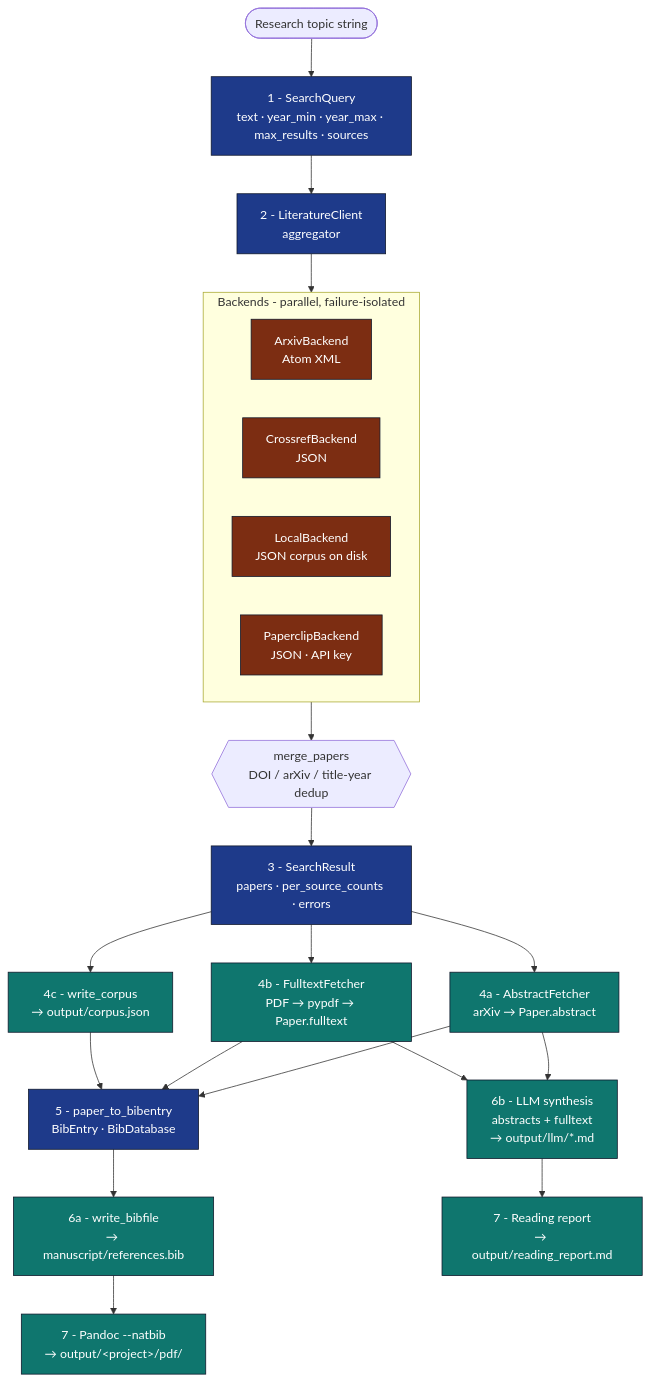
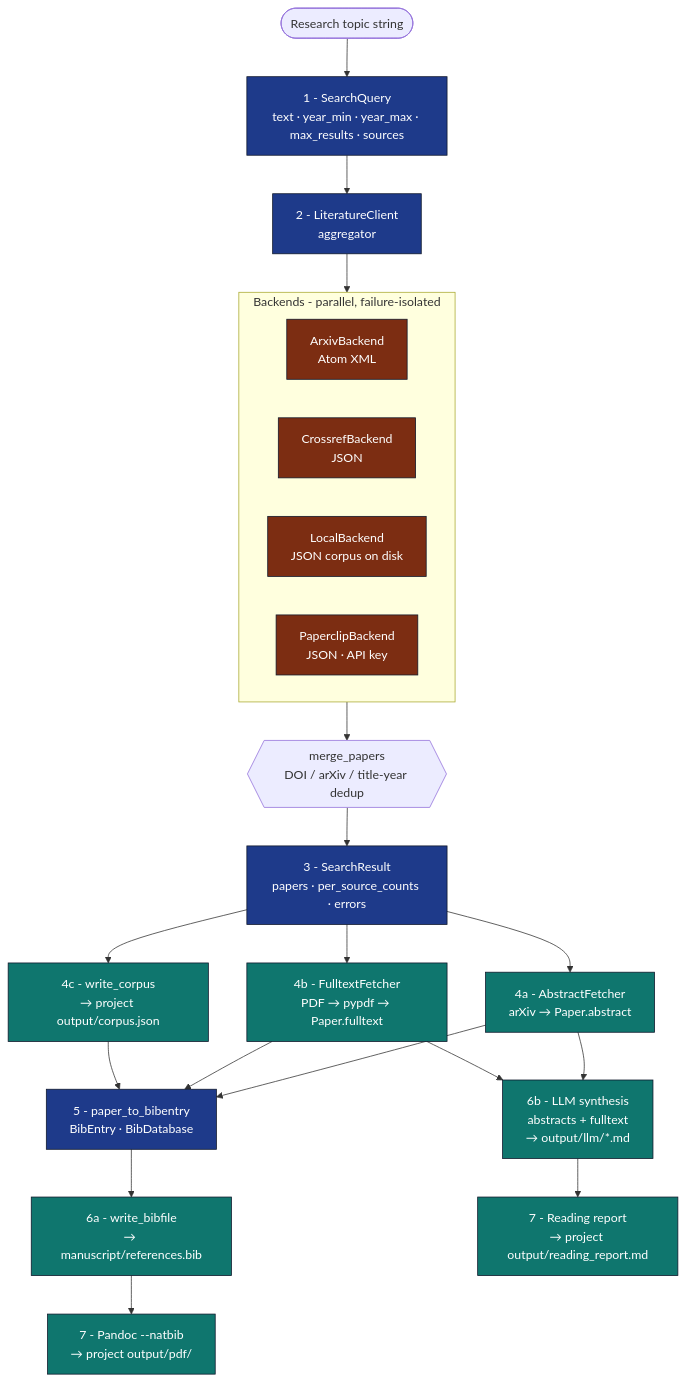
The first of 2 diagrams in docs/core/literature-data-flow.md (docxology/template), drawn with Mermaid before and after one commit. The commit also changed other lines of this file and 82 other files, not shown here.

````diff
--- a/docs/core/literature-data-flow.md
+++ b/docs/core/literature-data-flow.md
@@ -8,40 +8,40 @@
 ```mermaid
 flowchart TB
     TOPIC([Research topic string]) --> Q[1 - SearchQuery<br/>text · year_min · year_max · max_results · sources]
 
     Q --> CLIENT[2 - LiteratureClient<br/>aggregator]
 
     subgraph BACKENDS [Backends - parallel, failure-isolated]
         direction LR
         ARXIV[ArxivBackend<br/>Atom XML]
         CROSSREF[CrossrefBackend<br/>JSON]
         LOCAL[LocalBackend<br/>JSON corpus on disk]
         PAPERCLIP[PaperclipBackend<br/>JSON · API key]
     end
 
     CLIENT --> BACKENDS
     BACKENDS --> MERGE{{merge_papers<br/>DOI / arXiv / title-year dedup}}
     MERGE --> RESULT[3 - SearchResult<br/>papers · per_source_counts · errors]
 
     RESULT --> ABS[4a - AbstractFetcher<br/>arXiv → Paper.abstract]
     RESULT --> FULL[4b - FulltextFetcher<br/>PDF → pypdf → Paper.fulltext]
-    RESULT --> CORPUS[4c - write_corpus<br/>→ output/corpus.json]
+    RESULT --> CORPUS[4c - write_corpus<br/>→ project output/corpus.json]
 
     ABS --> EXPORT[5 - paper_to_bibentry<br/>BibEntry · BibDatabase]
     FULL --> EXPORT
     CORPUS --> EXPORT
 
     EXPORT --> BIB[6a - write_bibfile<br/>→ manuscript/references.bib]
     ABS --> LLM[6b - LLM synthesis<br/>abstracts + fulltext<br/>→ output/llm/*.md]
     FULL --> LLM
 
-    BIB --> PDF[7 - Pandoc --natbib<br/>→ output/&lt;project&gt;/pdf/]
-    LLM --> REPORT[7 - Reading report<br/>→ output/reading_report.md]
+    BIB --> PDF[7 - Pandoc --natbib<br/>→ project output/pdf/]
+    LLM --> REPORT[7 - Reading report<br/>→ project output/reading_report.md]
 
     classDef stage fill:#1e3a8a,stroke:#0f172a,color:#fff
     classDef io fill:#0f766e,stroke:#0f172a,color:#fff
     classDef external fill:#7c2d12,stroke:#0f172a,color:#fff
     class Q,CLIENT,RESULT,EXPORT stage
     class ABS,FULL,CORPUS,BIB,LLM,REPORT,PDF io
     class ARXIV,CROSSREF,LOCAL,PAPERCLIP external
 ```
````
